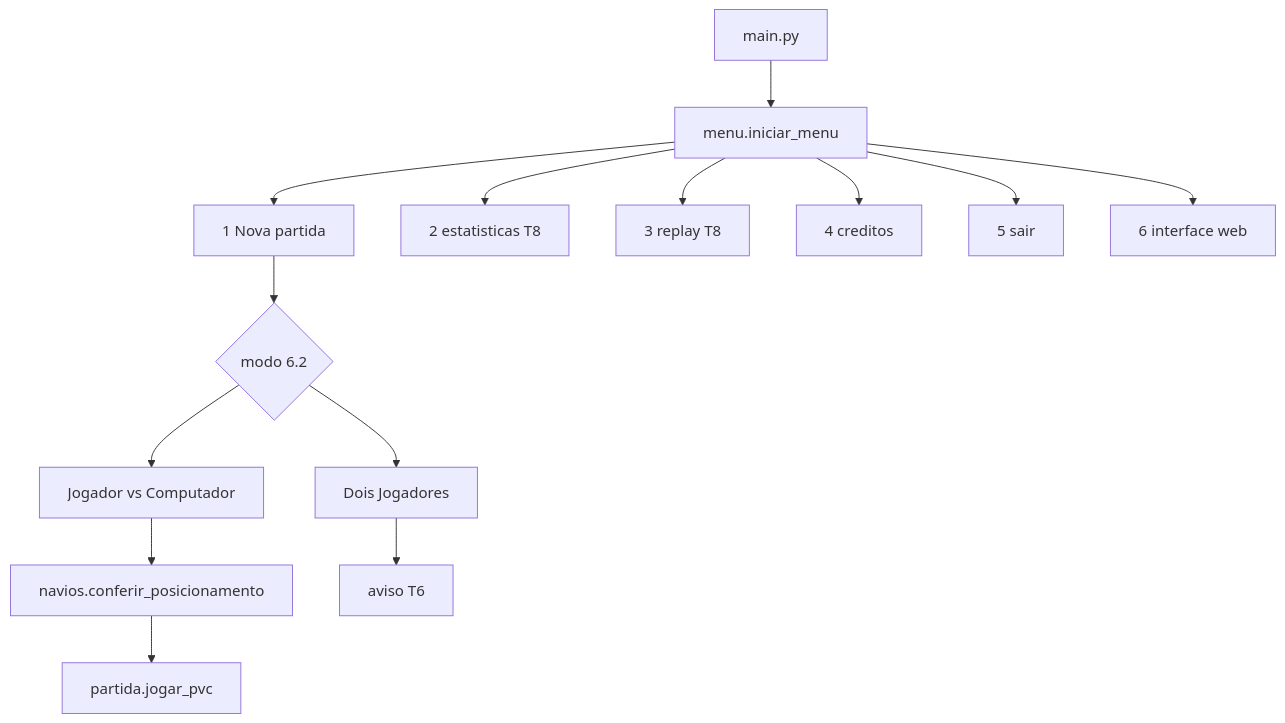
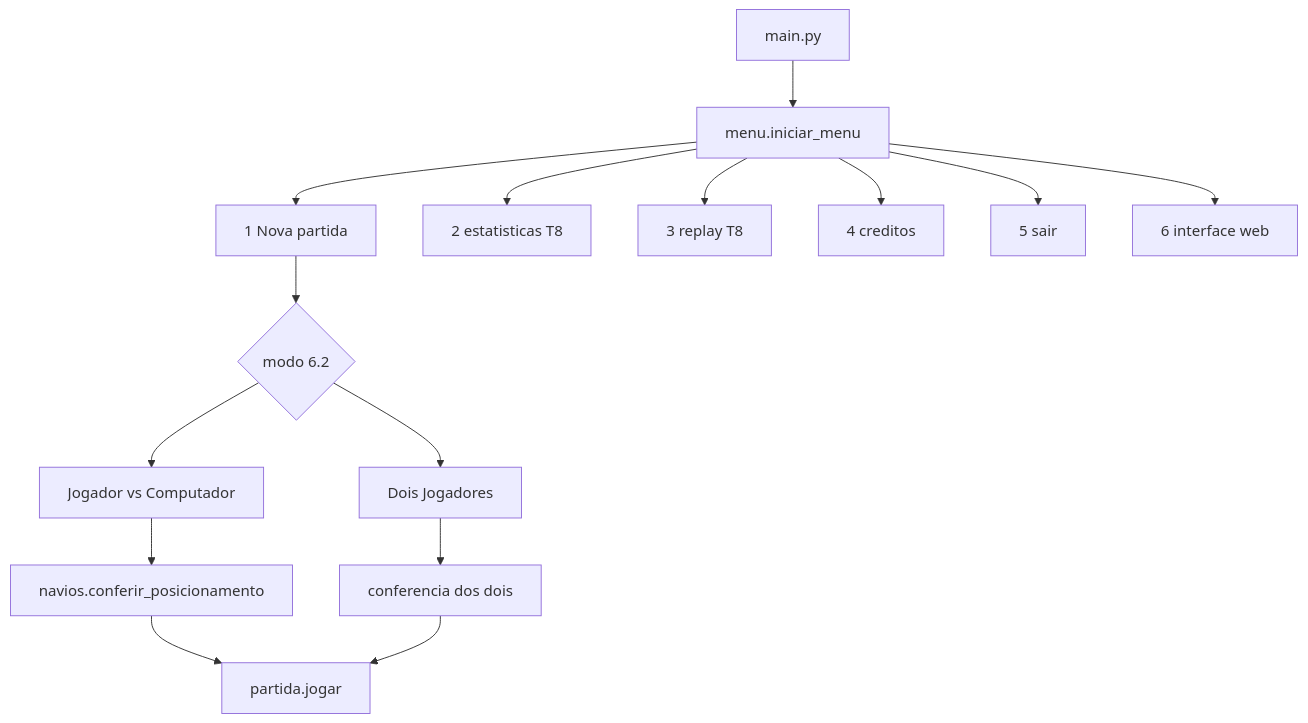
One commit to KairoHenrique/batalha-naval changed the diagram in README.md. Above: the diagram before and after it, drawn with Mermaid. The commit also changed other lines of this file and 3 other files, not shown here.

````diff
--- a/README.md
+++ b/README.md
@@ -82,16 +82,17 @@
 ```mermaid
 flowchart TD
     mainPy["main.py"] --> menuLoop["menu.iniciar_menu"]
     menuLoop --> nova["1 Nova partida"]
     menuLoop --> stats["2 estatisticas T8"]
     menuLoop --> replay["3 replay T8"]
     menuLoop --> creditos["4 creditos"]
     menuLoop --> sair["5 sair"]
     menuLoop --> guiWeb["6 interface web"]
     nova --> modo{"modo 6.2"}
     modo --> pvc["Jogador vs Computador"]
     modo --> pvp["Dois Jogadores"]
     pvc --> conferencia["navios.conferir_posicionamento"]
-    pvp --> avisoPvp["aviso T6"]
-    conferencia --> loopPvc["partida.jogar_pvc"]
+    pvp --> conferenciaPvp["conferencia dos dois"]
+    conferencia --> loopPvc["partida.jogar"]
+    conferenciaPvp --> loopPvc
 ```
````
